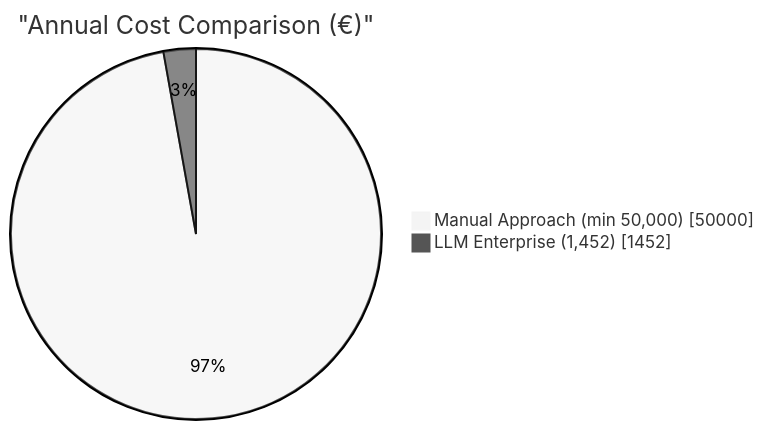
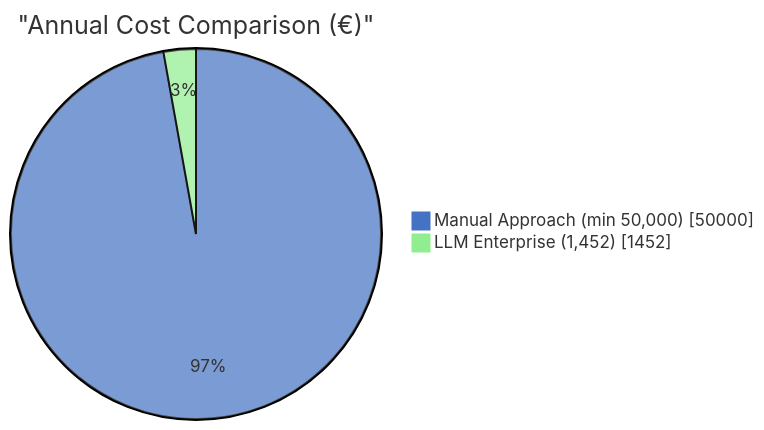
One commit to DARREN-2000/temporary changed the fourth of 4 diagrams in Chapter_5_Experimental_Results.md. Above: the diagram before and after it, drawn with Mermaid. The commit also changed other lines of this file and 3 other files, not shown here.

Commit message:
Fix diagram colors, model names, add figure references for existing repo images

````diff
--- a/Chapter_5_Experimental_Results.md
+++ b/Chapter_5_Experimental_Results.md
@@ -188,7 +188,7 @@
 ```mermaid
-%%{init: {'theme': 'neutral'}}%%
+%%{init: {'theme': 'base', 'themeVariables': { 'primaryColor': '#4472C4', 'secondaryColor': '#90EE90'}}}%%
 pie showData
     title "Annual Cost Comparison (€)"
     "Manual Approach (min 50,000)" : 50000
     "LLM Enterprise (1,452)" : 1452
 ```
````
